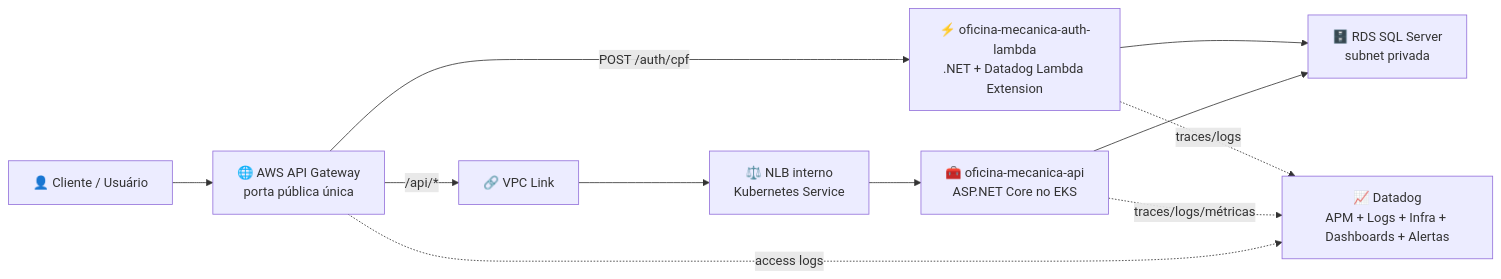
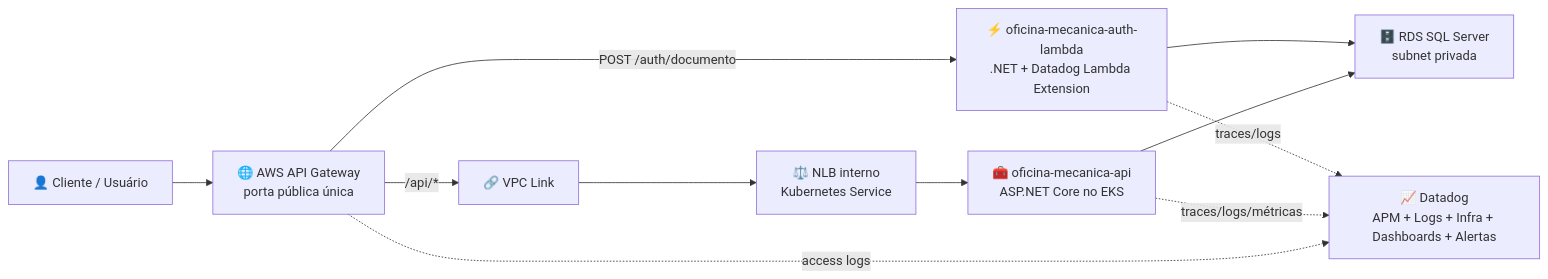
One commit to geoscabio/oficina-mecanica-api changed the first of 2 diagrams in docs/projeto/plano-execucao-fase-3.md. Above: the diagram before and after it, drawn with Mermaid. The commit also changed other lines of this file and 10 other files, not shown here.

````diff
--- a/docs/projeto/plano-execucao-fase-3.md
+++ b/docs/projeto/plano-execucao-fase-3.md
@@ -54,22 +54,22 @@
 ```mermaid
 flowchart LR
     Cliente["👤 Cliente / Usuário"]
     Gateway["🌐 AWS API Gateway<br/>porta pública única"]
     Lambda["⚡ oficina-mecanica-auth-lambda<br/>.NET + Datadog Lambda Extension"]
     VpcLink["🔗 VPC Link"]
     Nlb["⚖️ NLB interno<br/>Kubernetes Service"]
     Api["🧰 oficina-mecanica-api<br/>ASP.NET Core no EKS"]
     Rds["🗄️ RDS SQL Server<br/>subnet privada"]
     Datadog["📈 Datadog<br/>APM + Logs + Infra + Dashboards + Alertas"]
 
     Cliente --> Gateway
-    Gateway -->|POST /auth/cpf| Lambda
+    Gateway -->|POST /auth/documento| Lambda
     Lambda --> Rds
     Gateway -->|/api/*| VpcLink
     VpcLink --> Nlb
     Nlb --> Api
     Api --> Rds
     Lambda -. traces/logs .-> Datadog
     Api -. traces/logs/métricas .-> Datadog
     Gateway -. access logs .-> Datadog
 ```
````
